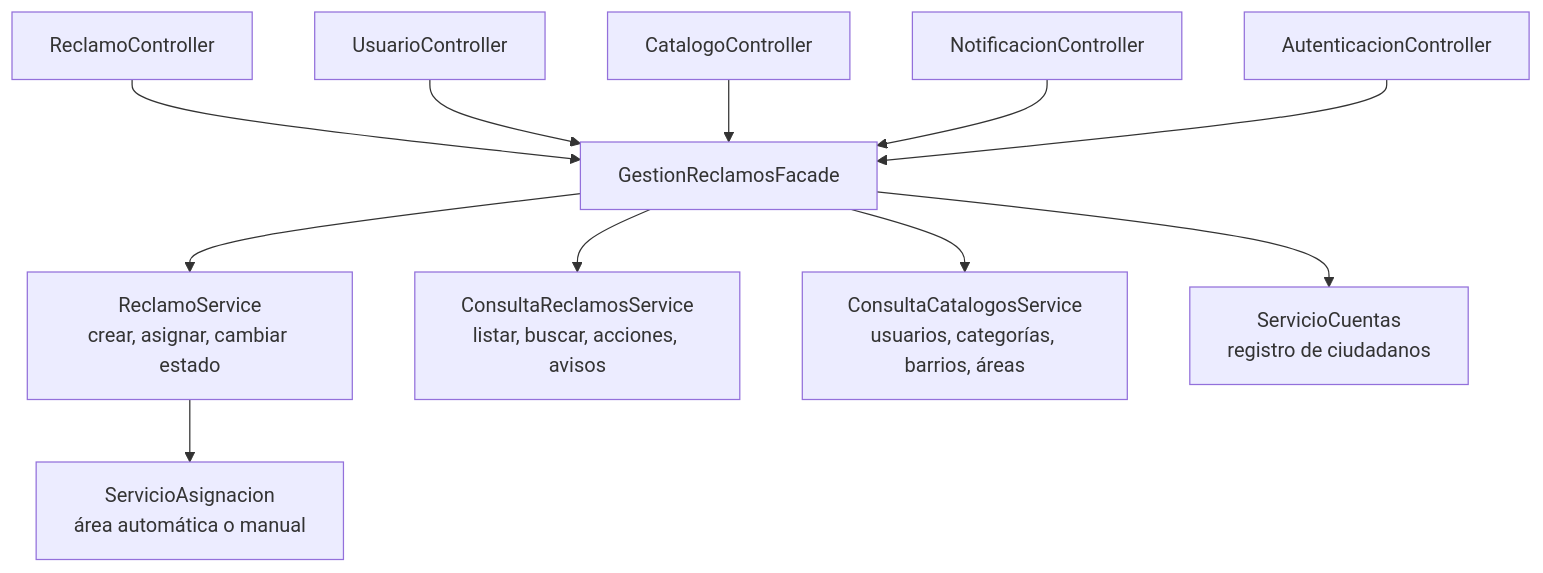
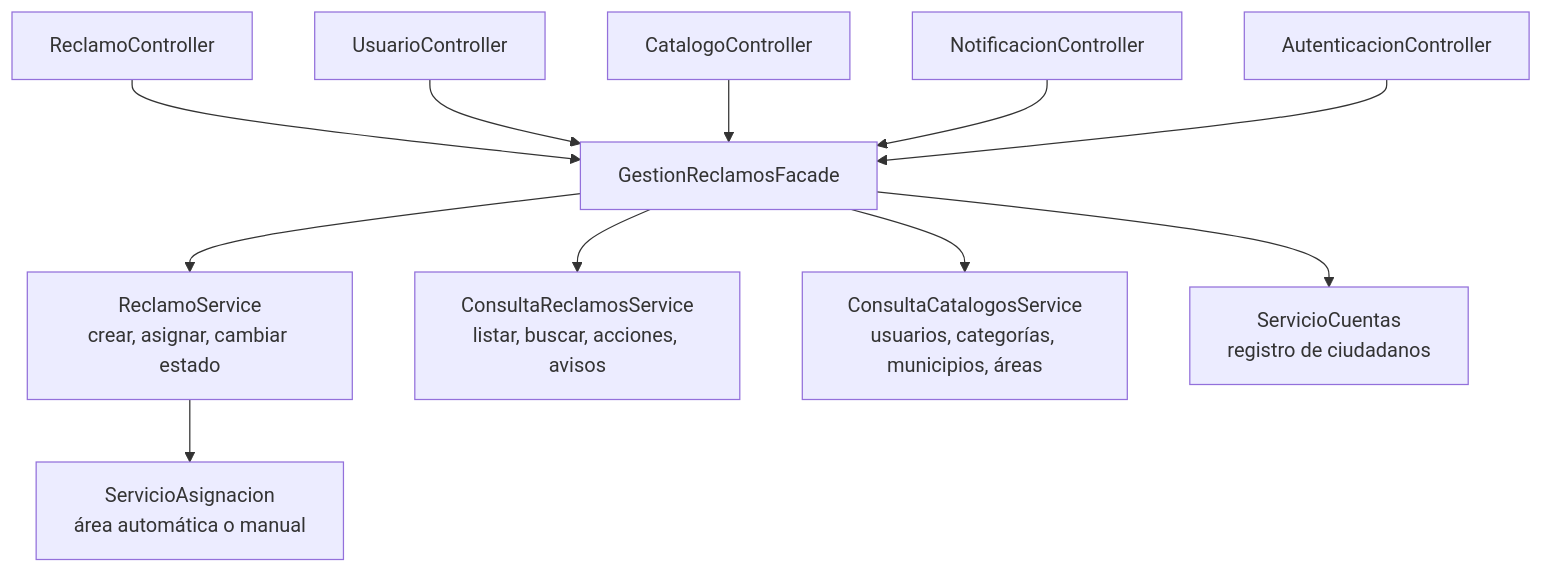
One commit to SanTegli/DesarrolloAppsIIGrupo10 changed the first of 2 diagrams in docs/patrones.md. Above: the diagram before and after it, drawn with Mermaid. The commit also changed other lines of this file and 159 other files, not shown here.

First line of the commit message:
Municipios en vez de barrios: Quilmes, Avellaneda y Berazategui

````diff
--- a/docs/patrones.md
+++ b/docs/patrones.md
@@ -229,13 +229,13 @@
 ```mermaid
 flowchart TB
   C1["ReclamoController"] --> F["GestionReclamosFacade"]
   C2["UsuarioController"] --> F
   C3["CatalogoController"] --> F
   C4["NotificacionController"] --> F
   C5["AutenticacionController"] --> F
   F --> S1["ReclamoService<br/>crear, asignar, cambiar estado"]
   S1 --> S4["ServicioAsignacion<br/>área automática o manual"]
   F --> S2["ConsultaReclamosService<br/>listar, buscar, acciones, avisos"]
-  F --> S3["ConsultaCatalogosService<br/>usuarios, categorías, barrios, áreas"]
+  F --> S3["ConsultaCatalogosService<br/>usuarios, categorías, municipios, áreas"]
   F --> S5["ServicioCuentas<br/>registro de ciudadanos"]
 ```
````
